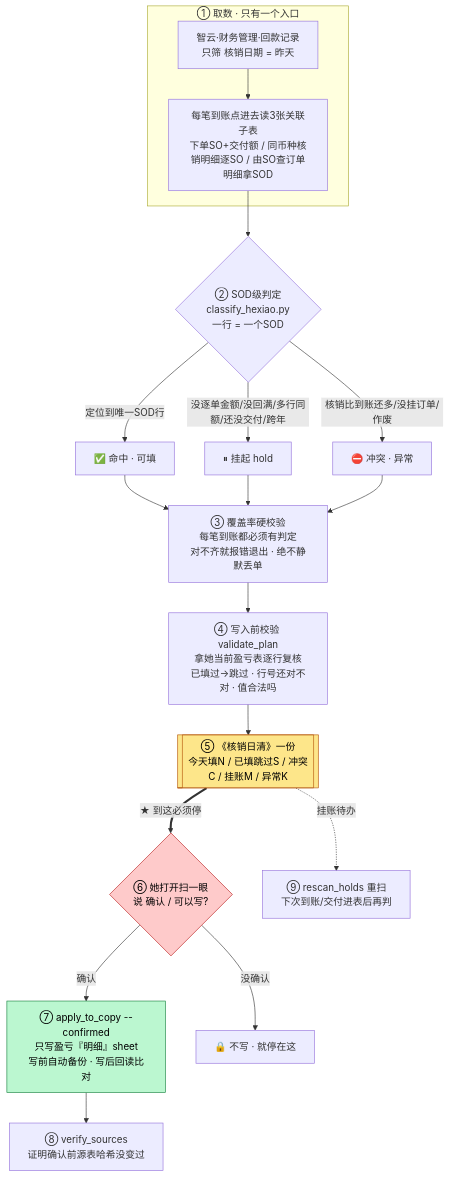
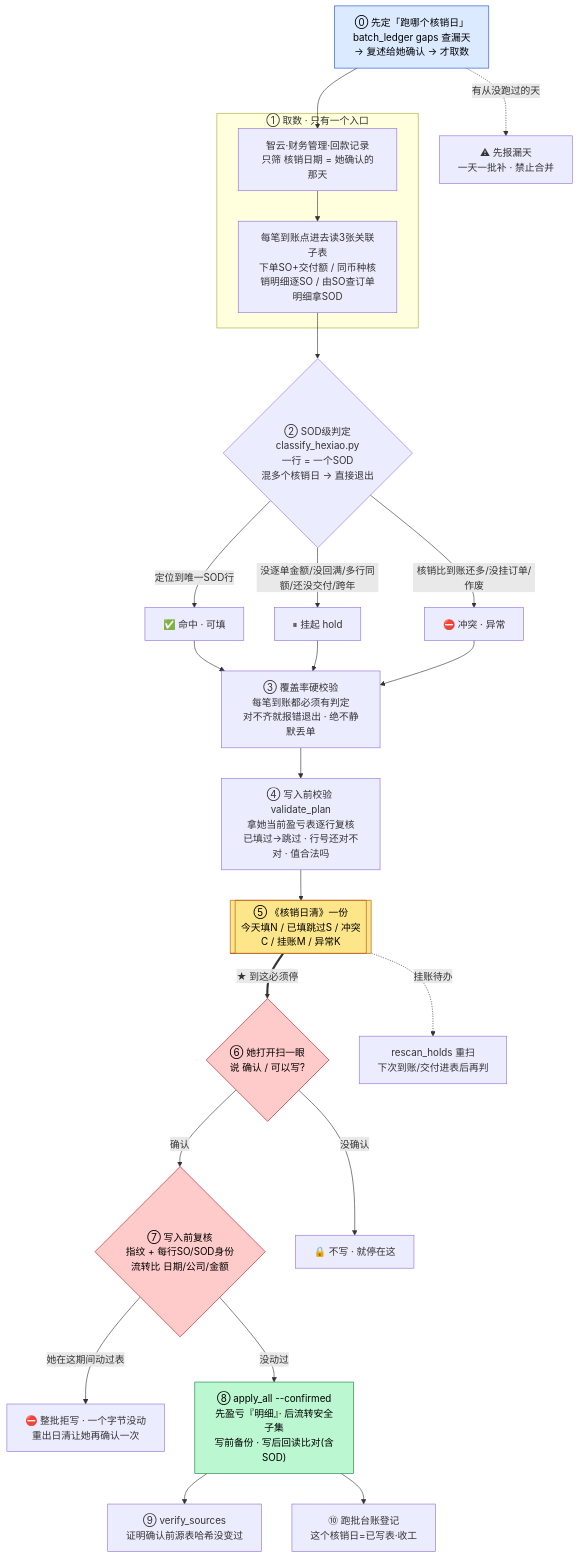
One commit to EvanLee2004/finance-skills changed the first of 2 diagrams in skills/ar-hexiao-daily/README.md. Above: the diagram before and after it, drawn with Mermaid. The commit also changed other lines of this file and 16 other files, not shown here.

````diff
--- a/skills/ar-hexiao-daily/README.md
+++ b/skills/ar-hexiao-daily/README.md
@@ -18,24 +18,31 @@
 ```mermaid
 flowchart TD
+    D0["⓪ 先定「跑哪个核销日」<br/>batch_ledger gaps 查漏天<br/>→ 复述给她确认 → 才取数"] --> A
+    D0 -.->|"有从没跑过的天"| GAP["⚠ 先报漏天<br/>一天一批补 · 禁止合并"]
     subgraph 取数["① 取数 · 只有一个入口"]
-        A["智云·财务管理·回款记录<br/>只筛 核销日期 = 昨天"] --> B["每笔到账点进去读3张关联子表<br/>下单SO+交付额 / 同币种核销明细逐SO / 由SO查订单明细拿SOD"]
+        A["智云·财务管理·回款记录<br/>只筛 核销日期 = 她确认的那天"] --> B["每笔到账点进去读3张关联子表<br/>下单SO+交付额 / 同币种核销明细逐SO / 由SO查订单明细拿SOD"]
     end
-    B --> C{"② SOD级判定<br/>classify_hexiao.py<br/>一行 = 一个SOD"}
+    B --> C{"② SOD级判定<br/>classify_hexiao.py<br/>一行 = 一个SOD<br/>混多个核销日 → 直接退出"}
     C -->|"定位到唯一SOD行"| HIT["✅ 命中 · 可填"]
     C -->|"没逐单金额/没回满/多行同额/还没交付/跨年"| HOLD["⏸ 挂起 hold"]
     C -->|"核销比到账还多/没挂订单/作废"| EXC["⛔ 冲突 · 异常"]
     HIT --> COV
     HOLD --> COV
     EXC --> COV
     COV["③ 覆盖率硬校验<br/>每笔到账都必须有判定<br/>对不齐就报错退出 · 绝不静默丢单"] --> V["④ 写入前校验 validate_plan<br/>拿她当前盈亏表逐行复核<br/>已填过→跳过 · 行号还对不对 · 值合法吗"]
     V --> W[["⑤ 《核销日清》一份<br/>今天填N / 已填跳过S / 冲突C / 挂账M / 异常K"]]
     W ==>|"★ 到这必须停"| G{"⑥ 她打开扫一眼<br/>说 确认 / 可以写?"}
-    G -->|"确认"| AP["⑦ apply_to_copy --confirmed<br/>只写盈亏『明细』sheet<br/>写前自动备份 · 写后回读比对"]
+    G -->|"确认"| PRE{"⑦ 写入前复核<br/>指纹 + 每行SO/SOD身份<br/>流转比 日期/公司/金额"}
     G -->|"没确认"| STOP["🔒 不写 · 就停在这"]
-    AP --> VS["⑧ verify_sources<br/>证明确认前源表哈希没变过"]
-    W -.->|"挂账待办"| R["⑨ rescan_holds 重扫<br/>下次到账/交付进表后再判"]
+    PRE -->|"她在这期间动过表"| REDO["⛔ 整批拒写 · 一个字节没动<br/>重出日清让她再确认一次"]
+    PRE -->|"没动过"| AP["⑧ apply_all --confirmed<br/>先盈亏『明细』· 后流转安全子集<br/>写前备份 · 写后回读比对(含SOD)"]
+    AP --> VS["⑨ verify_sources<br/>证明确认前源表哈希没变过"]
+    AP --> BL["⑩ 跑批台账登记<br/>这个核销日=已写表·收工"]
+    W -.->|"挂账待办"| R["rescan_holds 重扫<br/>下次到账/交付进表后再判"]
 
+    style D0 fill:#dbeafe,stroke:#1d4ed8,color:#000
     style W fill:#fde68a,stroke:#b45309,color:#000
     style G fill:#fecaca,stroke:#b91c1c,color:#000
+    style PRE fill:#fecaca,stroke:#b91c1c,color:#000
     style AP fill:#bbf7d0,stroke:#15803d,color:#000
 ```
````
